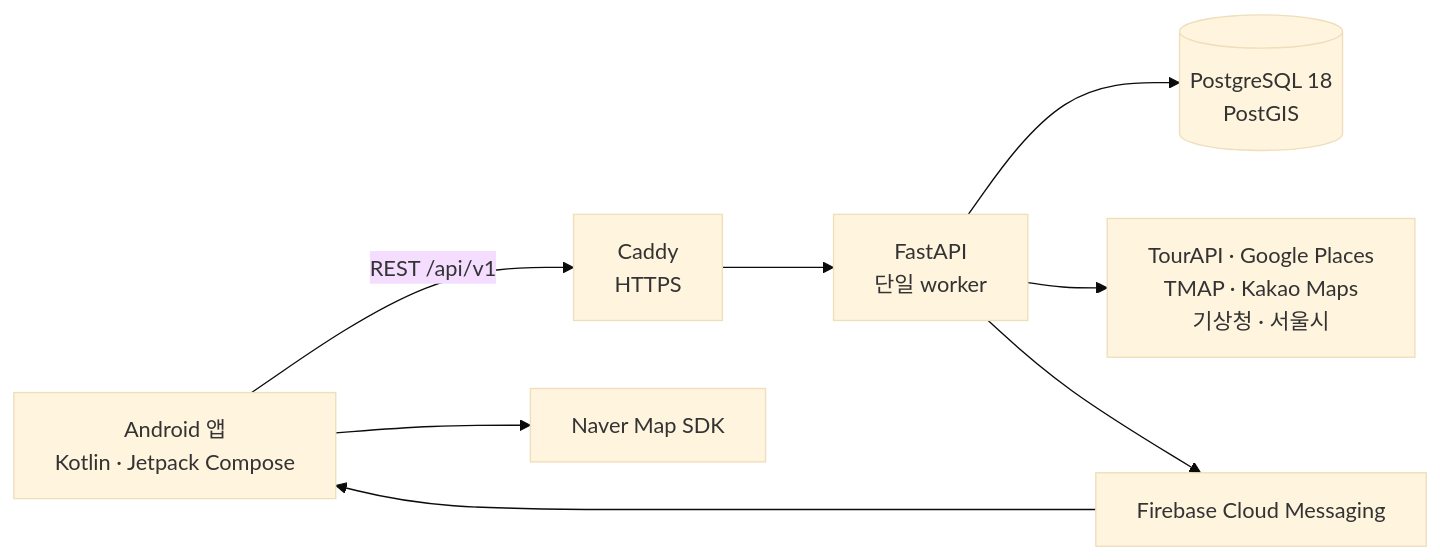
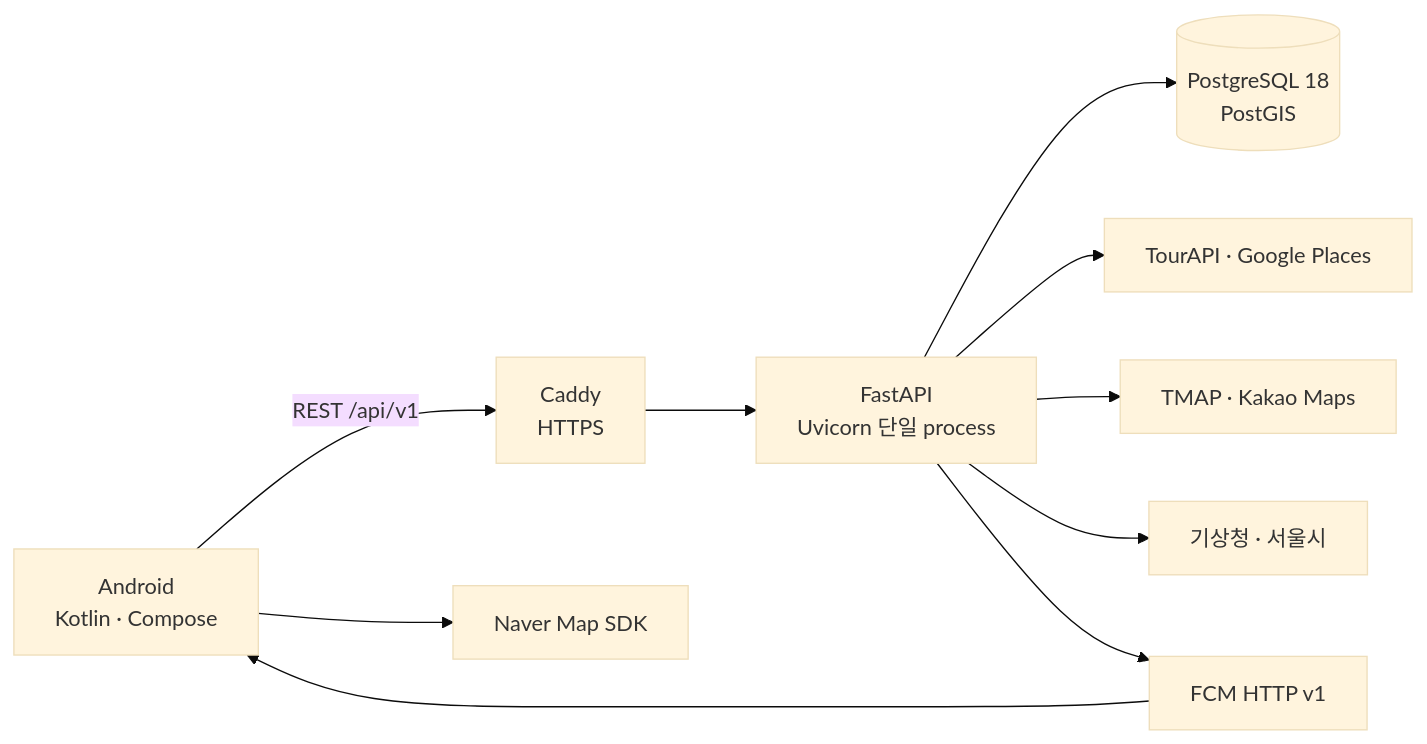
Before and after one commit to angry-cat55/gil-pick: the second of 2 diagrams in README.md, drawn with Mermaid (base theme). The commit also changed other lines of this file, not shown here.

````diff
--- a/README.md
+++ b/README.md
@@ -47,16 +45,20 @@
 ```mermaid
 flowchart LR
-    APP[Android 앱<br/>Kotlin · Jetpack Compose]
+    APP[Android<br/>Kotlin · Compose]
     CADDY[Caddy<br/>HTTPS]
-    API[FastAPI<br/>단일 worker]
+    API[FastAPI<br/>Uvicorn 단일 process]
     DB[(PostgreSQL 18<br/>PostGIS)]
-    PROVIDERS[TourAPI · Google Places<br/>TMAP · Kakao Maps<br/>기상청 · 서울시]
-    FCM[Firebase Cloud Messaging]
+    PLACE[TourAPI · Google Places]
+    ROUTE[TMAP · Kakao Maps]
+    SIGNAL[기상청 · 서울시]
+    FCM[FCM HTTP v1]
     MAP[Naver Map SDK]
 
     APP -->|REST /api/v1| CADDY --> API
     APP --> MAP
     API --> DB
-    API --> PROVIDERS
+    API --> PLACE
+    API --> ROUTE
+    API --> SIGNAL
     API --> FCM --> APP
 ```
````
